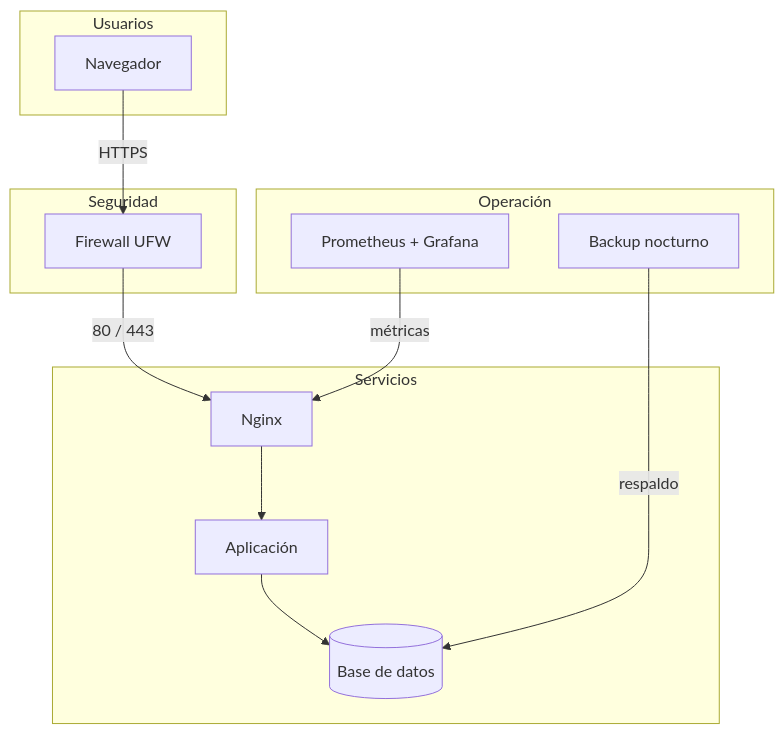
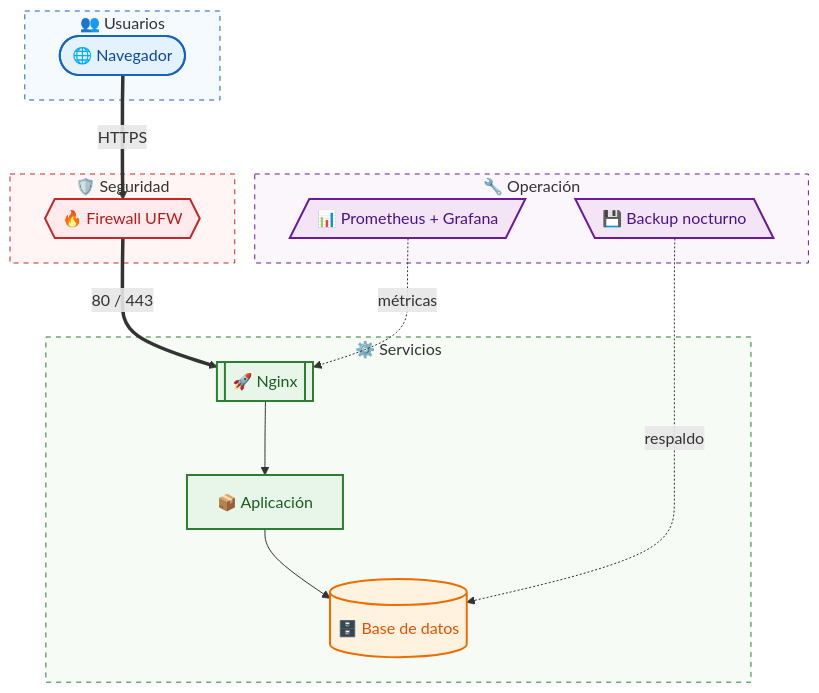
Before and after one commit to miguelangelzprah-cmyk/proyecto-integrador: the diagram in docs/arquitectura.md, drawn with Mermaid. The commit also changed other lines of this file, not shown here.

Commit message:
Rediseño visual del diagrama de arquitectura

````diff
--- a/docs/arquitectura.md
+++ b/docs/arquitectura.md
@@ -3,20 +3,40 @@
 ```mermaid
 flowchart TB
-  subgraph Usuarios
-    N[Navegador]
+  subgraph Usuarios["👥 Usuarios"]
+    N(["🌐 Navegador"])
   end
-  subgraph Seguridad
-    F[Firewall UFW]
+  subgraph Seguridad["🛡️ Seguridad"]
+    F{{"🔥 Firewall UFW"}}
   end
-  subgraph Servicios
-    NG[Nginx] --> APP[Aplicación] --> BD[(Base de datos)]
+  subgraph Servicios["⚙️ Servicios"]
+    NG[["🚀 Nginx"]]
+    APP["📦 Aplicación"]
+    BD[("🗄️ Base de datos")]
+    NG --> APP --> BD
   end
-  subgraph Operacion["Operación"]
-    PG[Prometheus + Grafana]
-    BK[Backup nocturno]
+  subgraph Operacion["🔧 Operación"]
+    PG[/"📊 Prometheus + Grafana"/]
+    BK[\"💾 Backup nocturno"\]
   end
-  N -- HTTPS --> F
-  F -- "80 / 443" --> NG
-  PG -- métricas --> NG
-  BK -- respaldo --> BD
+
+  N == HTTPS ==> F
+  F == "80 / 443" ==> NG
+  PG -. métricas .-> NG
+  BK -. respaldo .-> BD
+
+  classDef user fill:#e3f2fd,stroke:#1565c0,stroke-width:2px,color:#0d47a1
+  classDef sec fill:#ffebee,stroke:#c62828,stroke-width:2px,color:#b71c1c
+  classDef srv fill:#e8f5e9,stroke:#2e7d32,stroke-width:2px,color:#1b5e20
+  classDef db fill:#fff3e0,stroke:#ef6c00,stroke-width:2px,color:#e65100
+  classDef ops fill:#f3e5f5,stroke:#6a1b9a,stroke-width:2px,color:#4a148c
+  class N user
+  class F sec
+  class NG,APP srv
+  class BD db
+  class PG,BK ops
+
+  style Usuarios fill:#f5faff,stroke:#1565c0,stroke-dasharray:5 5
+  style Seguridad fill:#fff5f5,stroke:#c62828,stroke-dasharray:5 5
+  style Servicios fill:#f6fbf6,stroke:#2e7d32,stroke-dasharray:5 5
+  style Operacion fill:#fbf5fc,stroke:#6a1b9a,stroke-dasharray:5 5
 ```
````
